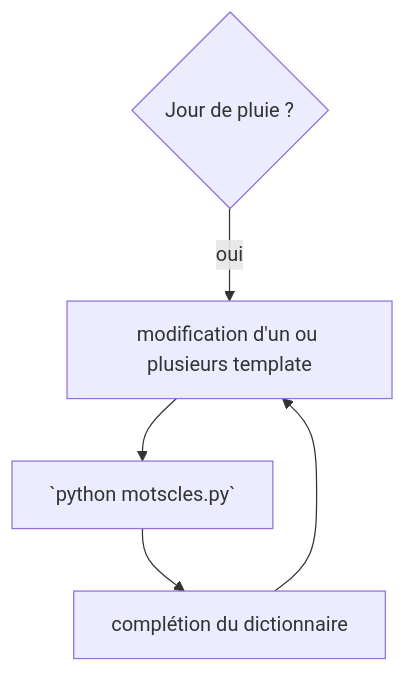
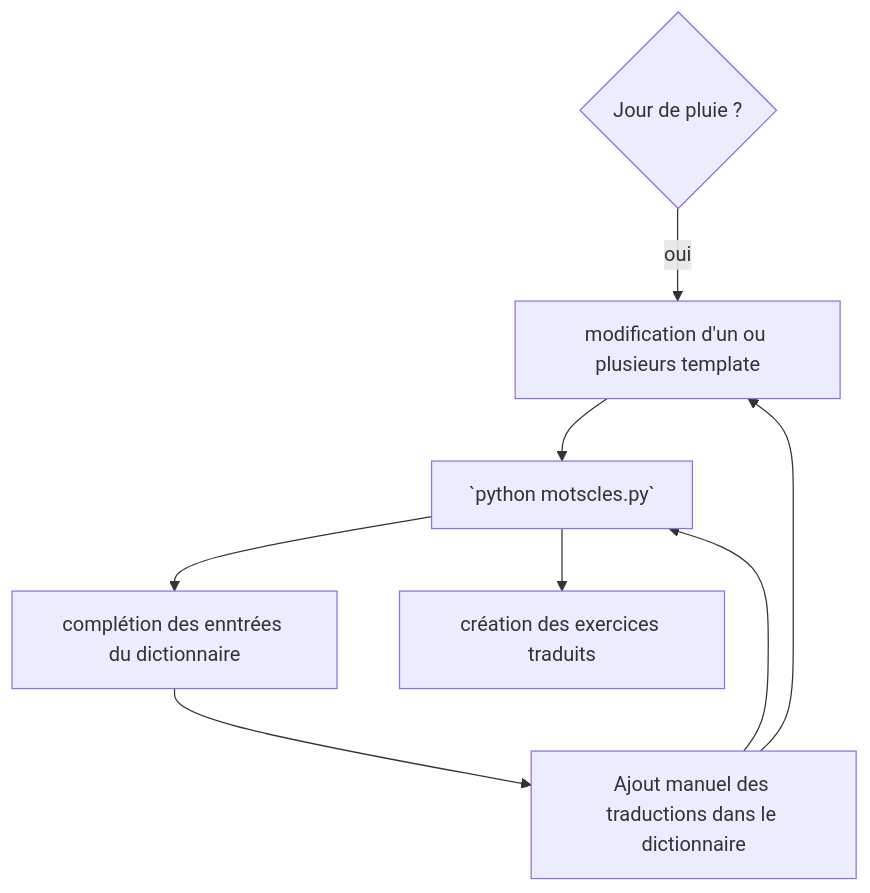
One commit to why-blip/SeQuaLarequete changed the diagram in francisation.md. Above: the diagram before and after it, drawn with Mermaid.

Commit message:
Diagramme revu.

````diff
--- a/francisation.md
+++ b/francisation.md
@@ -63,7 +63,10 @@
   ```mermaid
 graph TD
 0{Jour de pluie ?} -- oui --> A 
 A[modification d'un ou plusieurs template] --> B[`python motscles.py`]
-B --> C[complétion du dictionnaire]
-C --> A
+B --> C[complétion des enntrées du dictionnaire]
+B --> E[création des exercices traduits]
+C --> D[Ajout manuel des traductions dans le dictionnaire]
+D --> A
+D --> B
 ```
````
